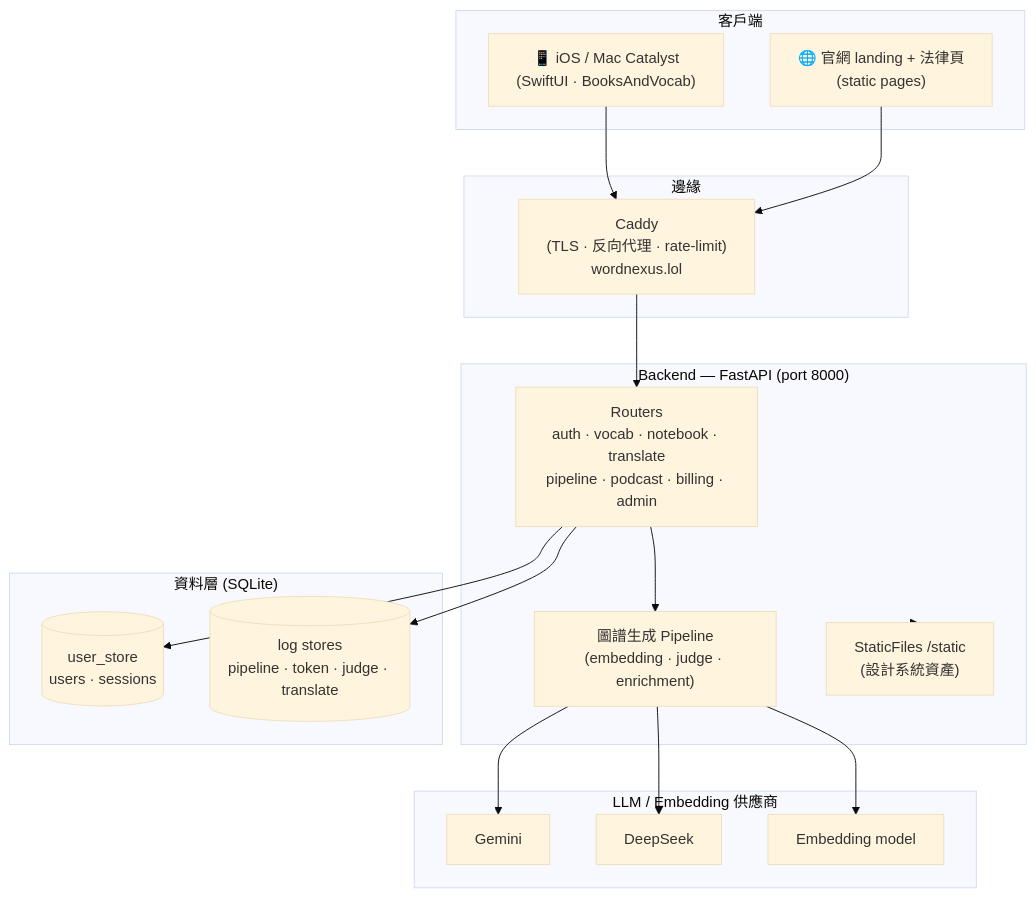
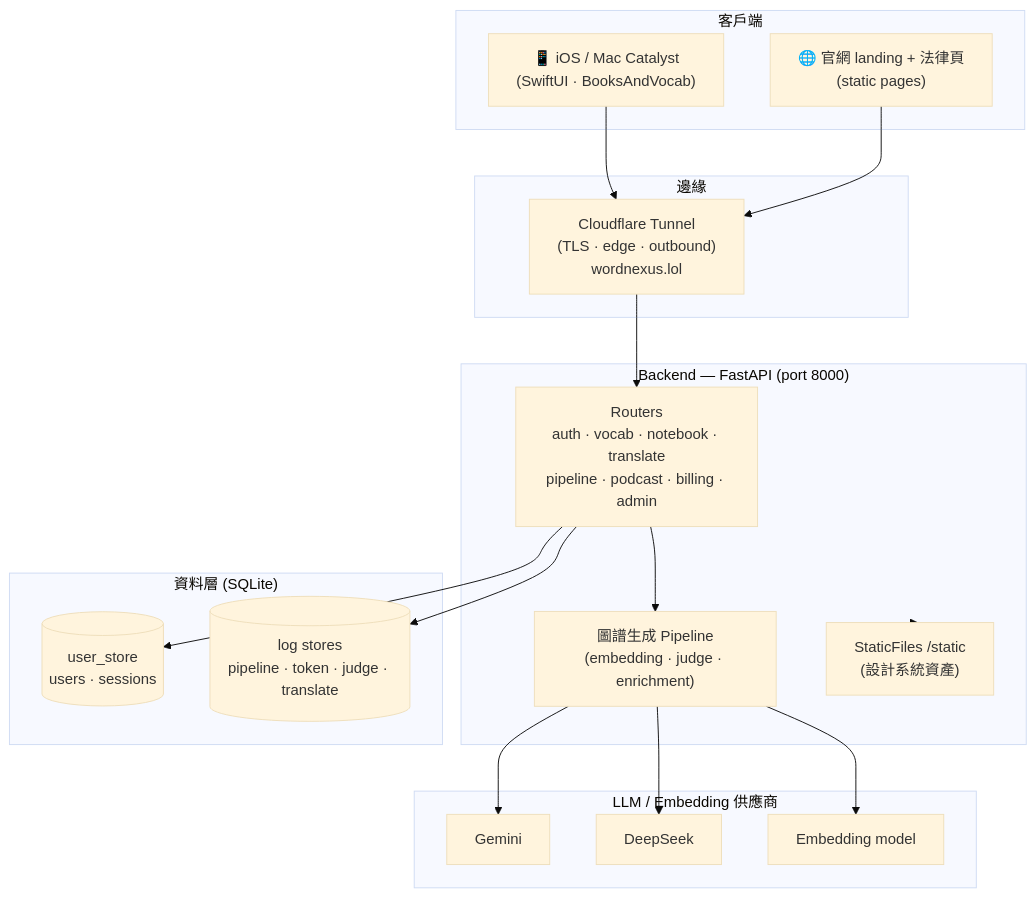
The first of 2 diagrams in README.md (Books-Vocab/Books-Vocab), drawn with Mermaid (base theme) before and after one commit. The commit also changed other lines of this file and 40 other files, not shown here.

````diff
--- a/README.md
+++ b/README.md
@@ -13,39 +13,39 @@
 ```mermaid
 flowchart TB
     subgraph Clients["客戶端"]
         iOS["📱 iOS / Mac Catalyst<br/>(SwiftUI · BooksAndVocab)"]
         Web["🌐 官網 landing + 法律頁<br/>(static pages)"]
     end
 
     subgraph Edge["邊緣"]
-        Caddy["Caddy<br/>(TLS · 反向代理 · rate-limit)<br/>wordnexus.lol"]
+        Tunnel["Cloudflare Tunnel<br/>(TLS · edge · outbound)<br/>wordnexus.lol"]
     end
 
     subgraph Backend["Backend — FastAPI (port 8000)"]
         Routers["Routers<br/>auth · vocab · notebook · translate<br/>pipeline · podcast · billing · admin"]
         Pipeline["圖譜生成 Pipeline<br/>(embedding · judge · enrichment)"]
         Static["StaticFiles /static<br/>(設計系統資產)"]
     end
 
     subgraph Data["資料層 (SQLite)"]
         UserDB[("user_store<br/>users · sessions")]
         LogDB[("log stores<br/>pipeline · token · judge · translate")]
     end
 
     subgraph LLM["LLM / Embedding 供應商"]
         Gemini["Gemini"]
         DeepSeek["DeepSeek"]
         Embed["Embedding model"]
     end
 
-    iOS --> Caddy
-    Web --> Caddy
-    Caddy --> Routers
+    iOS --> Tunnel
+    Web --> Tunnel
+    Tunnel --> Routers
     Routers --> Pipeline
     Routers --> UserDB
     Routers --> LogDB
     Pipeline --> Gemini
     Pipeline --> DeepSeek
     Pipeline --> Embed
     Backend --> Static
 ```
````
